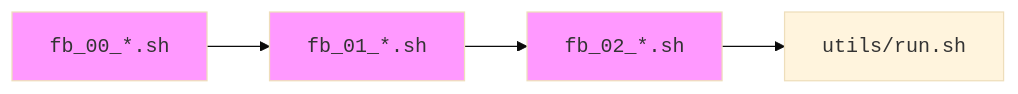
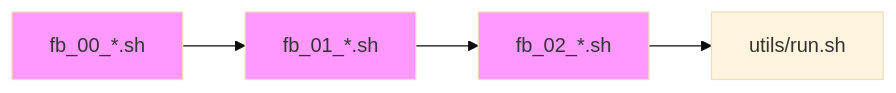
Before and after one commit to falabrasil/kaldi-br: the second of 2 diagrams in README.md, drawn with Mermaid (base theme).

Commit message:
fix html bad rendering inside mermaid nodes

````diff
--- a/README.md
+++ b/README.md
@@ -22,9 +22,9 @@
 ```mermaid
 graph LR;
-    A[<tt>fb_00_*.sh</tt>]-->B[<tt></tt>];
-    B[<tt>fb_01_*.sh</tt>]-->C[<tt></tt>];
-    C[<tt>fb_02_*.sh</tt>]-->D[<tt>utils/run.sh</tt>];
+    A[fb_00_*.sh]-->B;
+    B[fb_01_*.sh]-->C;
+    C[fb_02_*.sh]-->D[utils/run.sh];
     style A fill:#f9f
     style B fill:#f9f
     style C fill:#f9f
 ```
````
